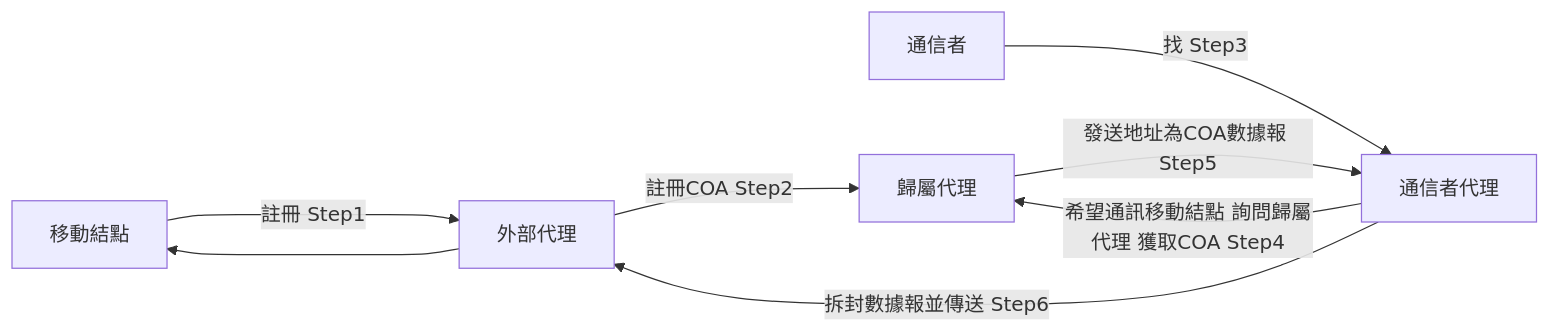
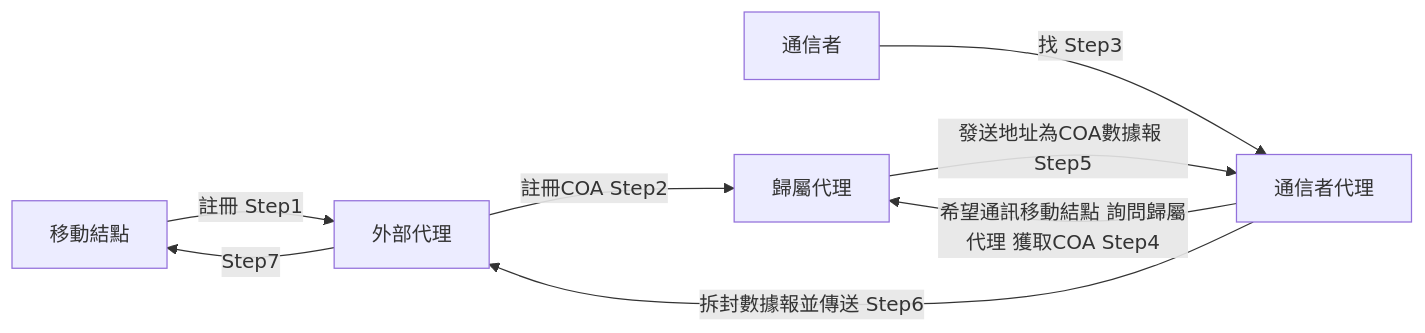
One commit to chchoiw/chchoiw.github.io changed the sixth of 6 diagrams in _posts/2021-07-21-04741-internet.md. Above: the diagram before and after it, drawn with Mermaid.

````diff
--- a/_posts/2021-07-21-04741-internet.md
+++ b/_posts/2021-07-21-04741-internet.md
@@ -732,10 +732,10 @@
 ```mermaid
 graph LR
     A[移動結點] -- 註冊 Step1 -->  B[外部代理];
     B-- 註冊COA Step2-->C[歸屬代理]
     E[通信者] -- 找 Step3-->D[通信者代理]
     D -- 希望通訊移動結點 詢問歸屬代理 獲取COA Step4-->C
     C--發送地址為COA數據報 Step5-->D
     D-- 拆封數據報並傳送 Step6-->B
-    B---->A
+    B-- Step7-->A
 ```
````
